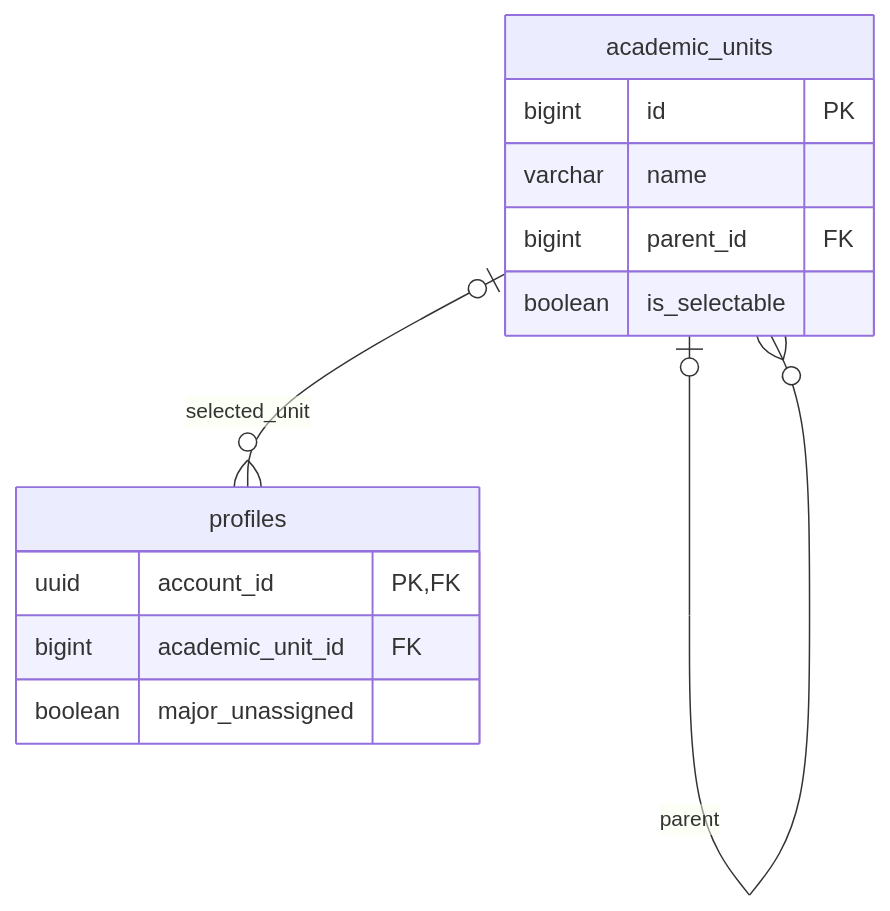
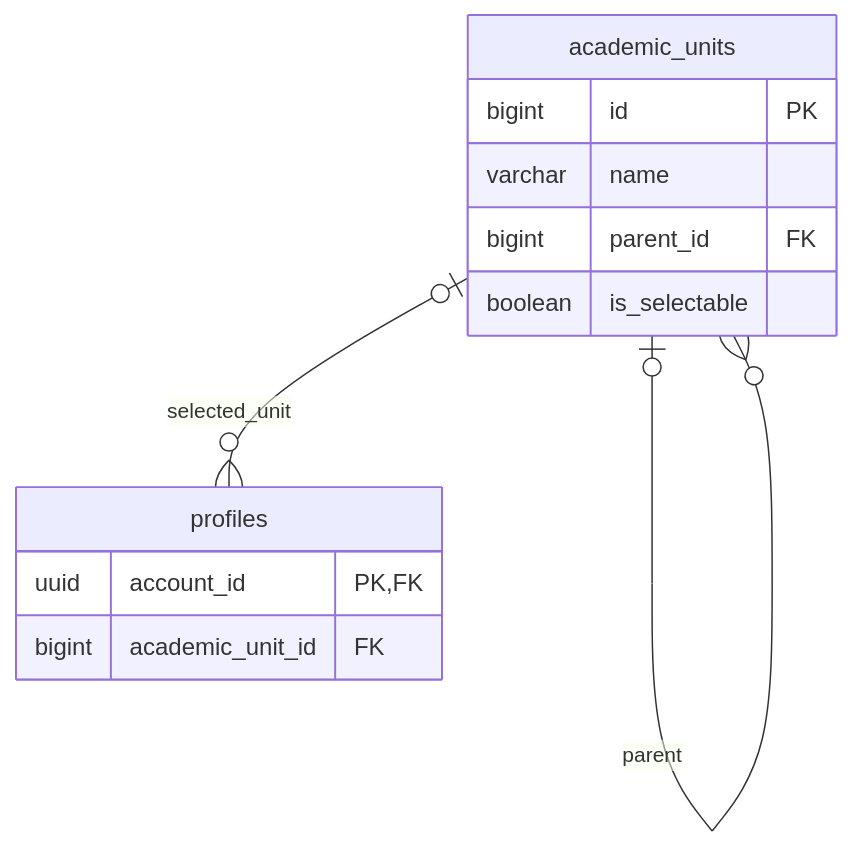
The diagram in docs/database/catalogs.md (wejo-team/sku-dreamon), drawn with Mermaid before and after one commit. The commit also changed other lines of this file and 6 other files, not shown here.

````diff
--- a/docs/database/catalogs.md
+++ b/docs/database/catalogs.md
@@ -63,17 +63,16 @@
 ```mermaid
 erDiagram
     direction TB
     academic_units o|--o{ academic_units : parent
     academic_units o|--o{ profiles : selected_unit
     academic_units {
         bigint id PK
         varchar name
         bigint parent_id FK
         boolean is_selectable
     }
     profiles {
         uuid account_id PK,FK
         bigint academic_unit_id FK
-        boolean major_unassigned
     }
 ```
````
